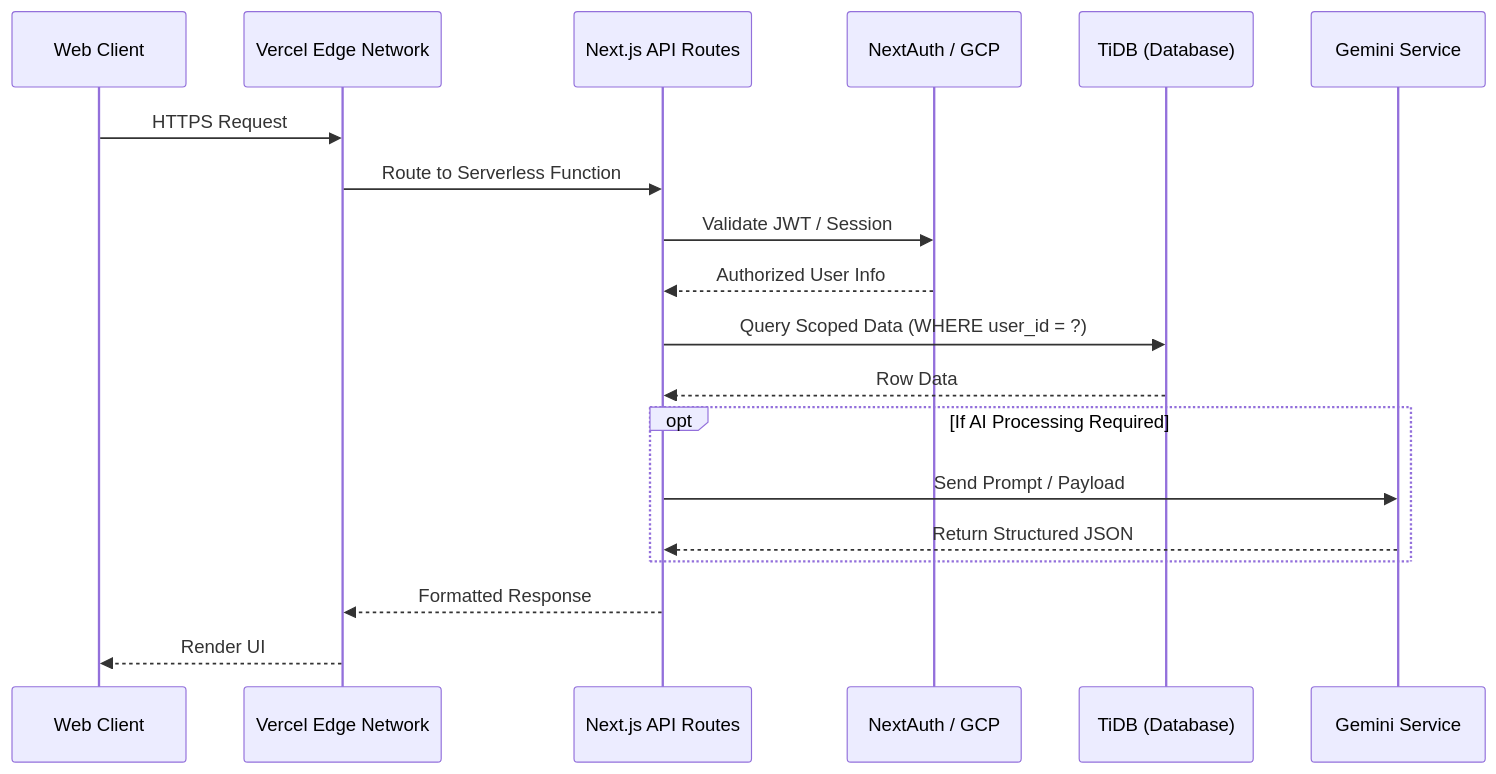
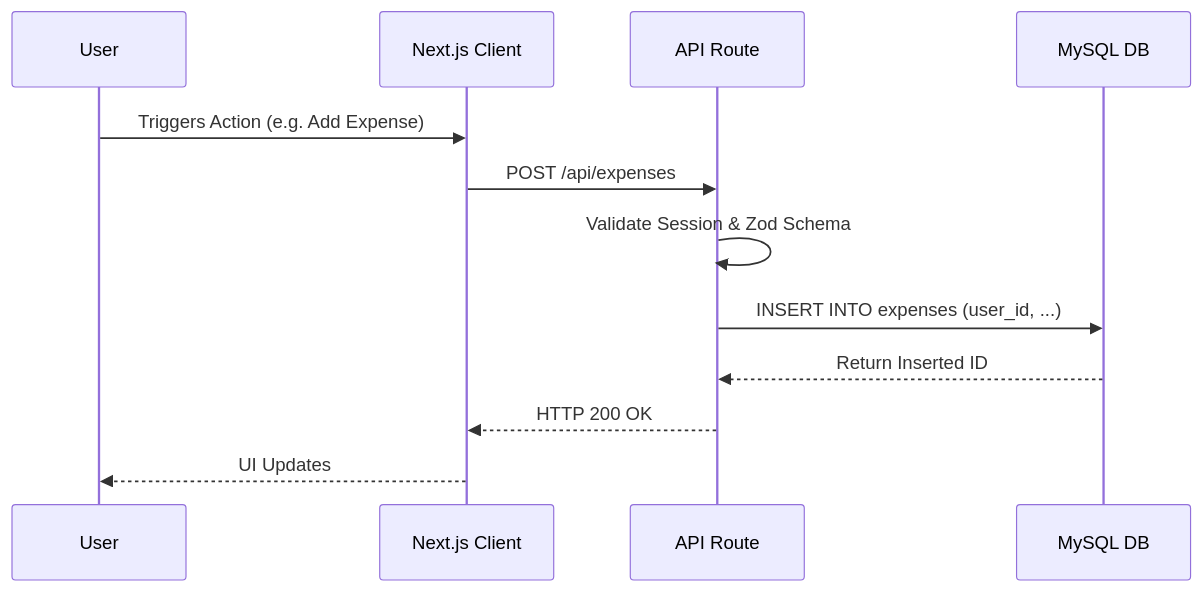
Before and after one commit to Karthik00769/SmartSpend: the second of 8 diagrams in README.md, drawn with Mermaid. The commit also changed other lines of this file, not shown here.

````diff
--- a/README.md
+++ b/README.md
@@ -90,22 +60,15 @@
 ```mermaid
 sequenceDiagram
-    participant Client as Web Client
-    participant Edge as Vercel Edge Network
-    participant API as Next.js API Routes
-    participant Auth as NextAuth / GCP
-    participant DB as TiDB (Database)
-    participant AI as Gemini Service
-
-    Client->>Edge: HTTPS Request
-    Edge->>API: Route to Serverless Function
-    API->>Auth: Validate JWT / Session
-    Auth-->>API: Authorized User Info
-    API->>DB: Query Scoped Data (WHERE user_id = ?)
-    DB-->>API: Row Data
-    opt If AI Processing Required
-        API->>AI: Send Prompt / Payload
-        AI-->>API: Return Structured JSON
-    end
-    API-->>Edge: Formatted Response
-    Edge-->>Client: Render UI
+    participant User
+    participant Client as Next.js Client
+    participant Server as API Route
+    participant DB as MySQL DB
+    
+    User->>Client: Triggers Action (e.g. Add Expense)
+    Client->>Server: POST /api/expenses
+    Server->>Server: Validate Session & Zod Schema
+    Server->>DB: INSERT INTO expenses (user_id, ...)
+    DB-->>Server: Return Inserted ID
+    Server-->>Client: HTTP 200 OK
+    Client-->>User: UI Updates
 ```
````
